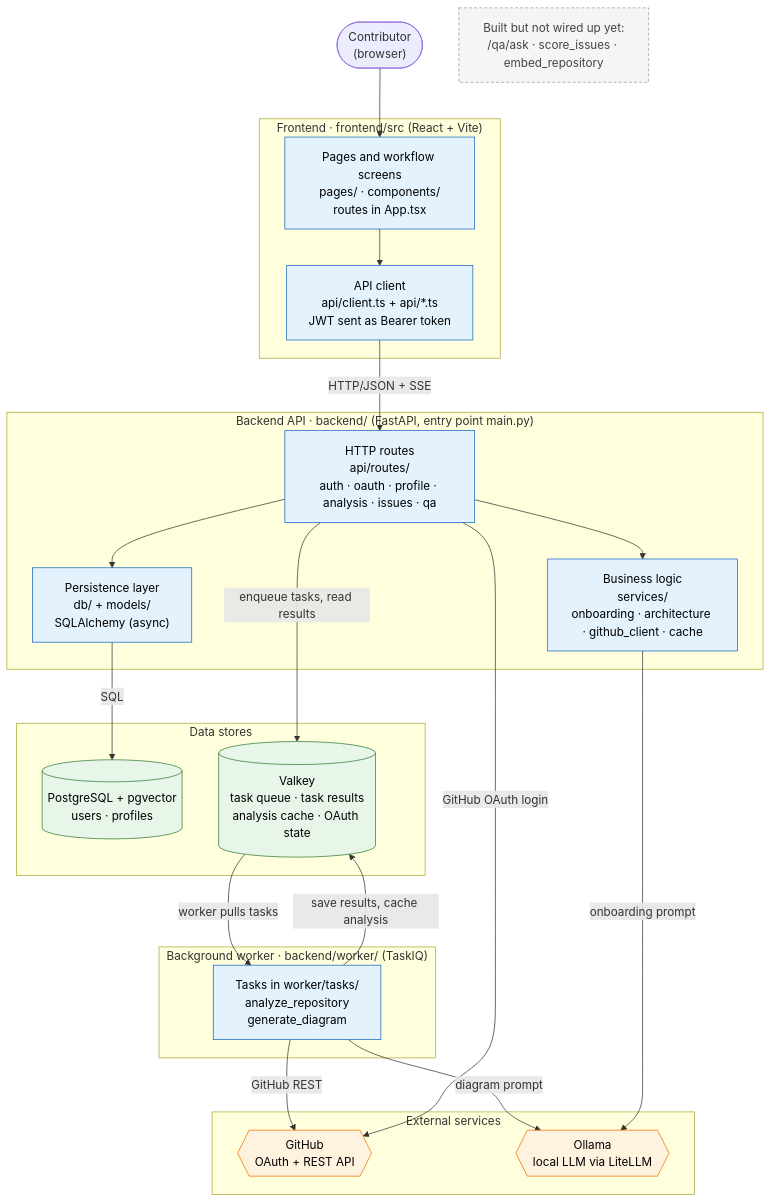
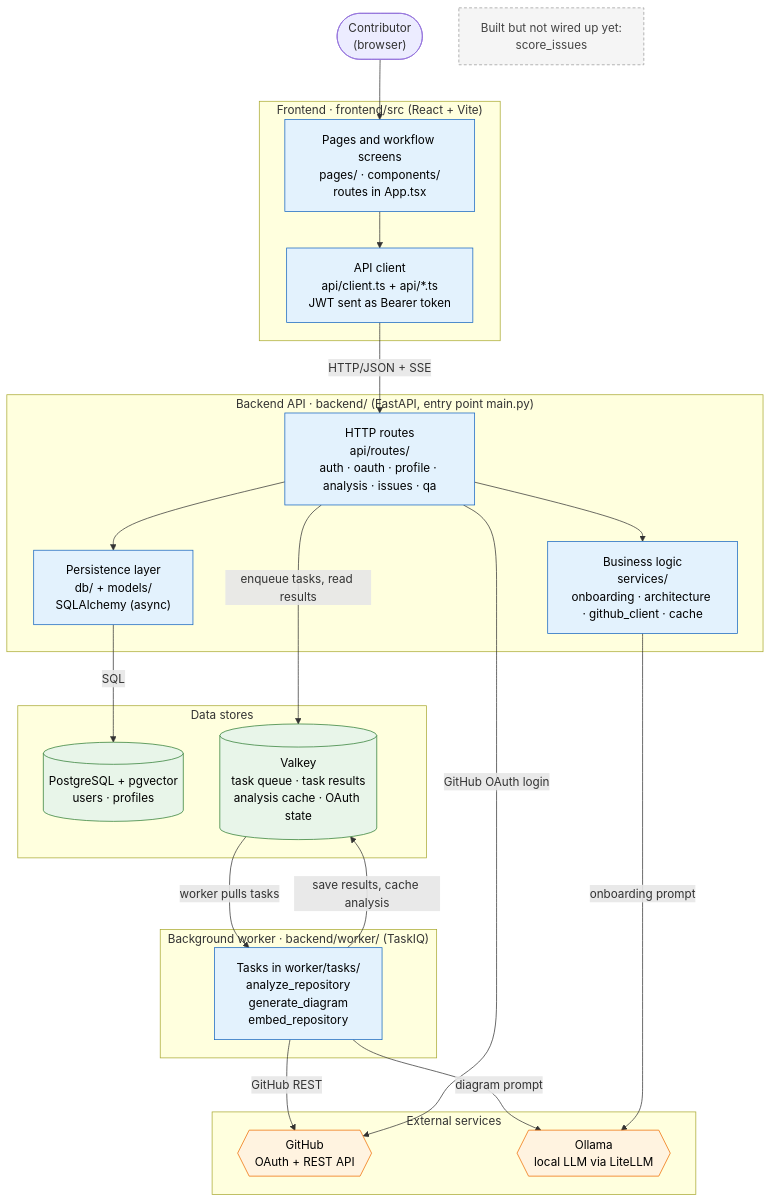
The diagram in README.md (Aaqib-OSS/ContribIQ), drawn with Mermaid before and after one commit. The commit also changed other lines of this file and 16 other files, not shown here.

````diff
--- a/README.md
+++ b/README.md
@@ -24,54 +24,54 @@
 ```mermaid
 flowchart TB
     user(["Contributor<br/>(browser)"])
 
     subgraph FE["Frontend · frontend/src (React + Vite)"]
         pages["Pages and workflow screens<br/>pages/ · components/<br/>routes in App.tsx"]
         client["API client<br/>api/client.ts + api/*.ts<br/>JWT sent as Bearer token"]
     end
 
     subgraph BE["Backend API · backend/ (FastAPI, entry point main.py)"]
         routes["HTTP routes<br/>api/routes/<br/>auth · oauth · profile · analysis · issues · qa"]
         services["Business logic<br/>services/<br/>onboarding · architecture · github_client · cache"]
         dbl["Persistence layer<br/>db/ + models/<br/>SQLAlchemy (async)"]
     end
 
     subgraph WK["Background worker · backend/worker/ (TaskIQ)"]
-        tasks["Tasks in worker/tasks/<br/>analyze_repository<br/>generate_diagram"]
+        tasks["Tasks in worker/tasks/<br/>analyze_repository<br/>generate_diagram<br/>embed_repository"]
     end
 
     subgraph DATA["Data stores"]
         pg[("PostgreSQL + pgvector<br/>users · profiles")]
         vk[("Valkey<br/>task queue · task results<br/>analysis cache · OAuth state")]
     end
 
     subgraph EXT["External services"]
         gh{{"GitHub<br/>OAuth + REST API"}}
         ol{{"Ollama<br/>local LLM via LiteLLM"}}
     end
 
-    unwired["Built but not wired up yet:<br/>/qa/ask · score_issues · embed_repository"]
+    unwired["Built but not wired up yet:<br/>score_issues"]
 
     user --> pages
     pages --> client
     client -->|"HTTP/JSON + SSE"| routes
     routes --> services
     routes --> dbl
     dbl -->|"SQL"| pg
     routes -->|"enqueue tasks, read results"| vk
     vk -->|"worker pulls tasks"| tasks
     tasks -->|"save results, cache analysis"| vk
     tasks -->|"GitHub REST"| gh
     tasks -->|"diagram prompt"| ol
     routes -->|"GitHub OAuth login"| gh
     services -->|"onboarding prompt"| ol
 
     classDef app fill:#e3f2fd,stroke:#1565c0,color:#000
     classDef store fill:#e8f5e9,stroke:#2e7d32,color:#000
     classDef ext fill:#fff3e0,stroke:#ef6c00,color:#000
     classDef note fill:#f5f5f5,stroke:#999,stroke-dasharray:4 3,color:#444
     class pages,client,routes,services,dbl,tasks app
     class pg,vk store
     class gh,ol ext
     class unwired note
 ```
````
